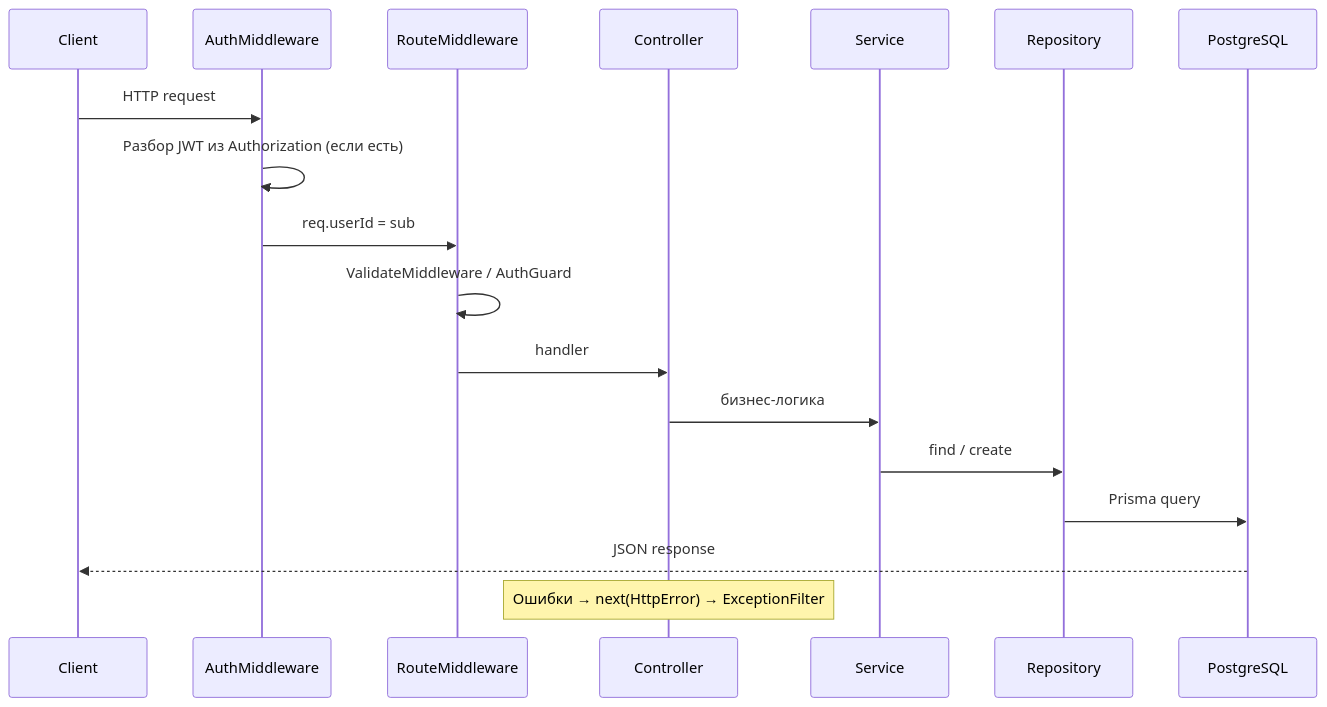
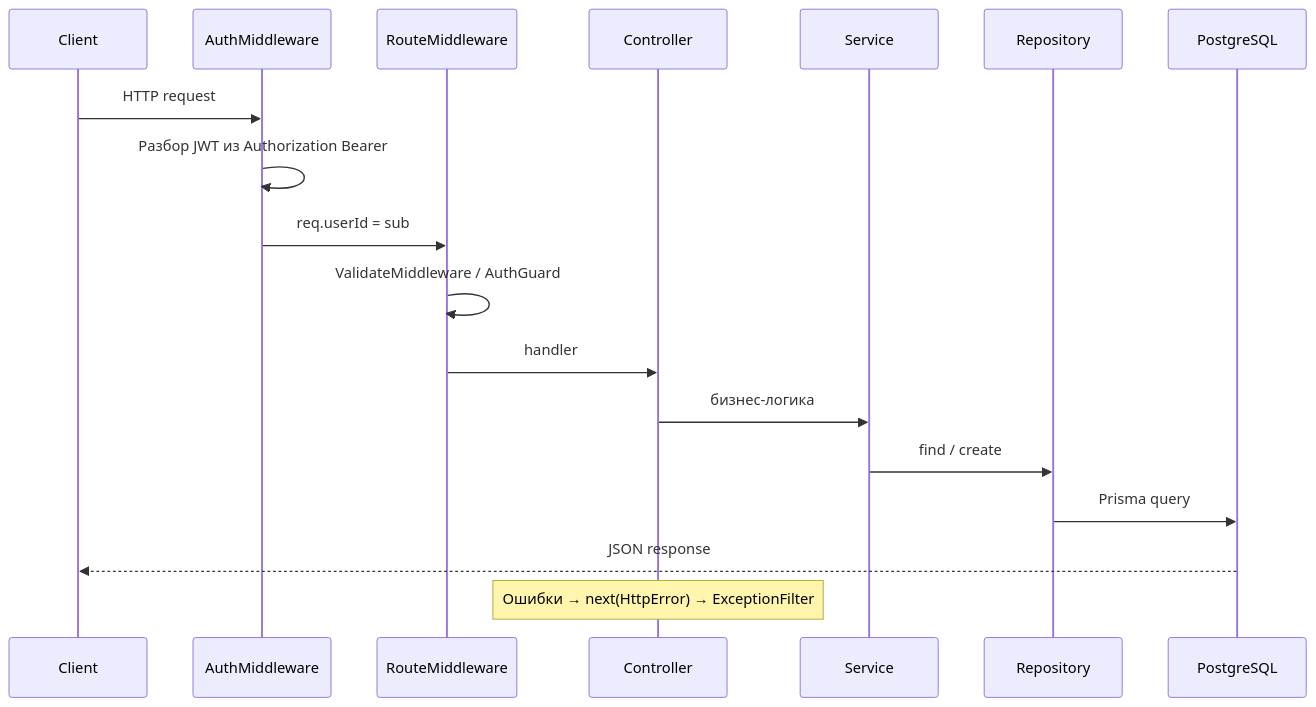
Before and after one commit to olegLobov2802/express-app: the second of 3 diagrams in ARCHITECTURE.md, drawn with Mermaid. The commit also changed other lines of this file and 15 other files, not shown here.

Commit message:
Access only in JSON and Authorization: Bearer; refresh in HttpOnly cookie with Path=/auth. Refresh/logout on /auth, with body and X-Refresh-Token support for API clients. Updated config, documentation, and e2e tests.

````diff
--- a/ARCHITECTURE.md
+++ b/ARCHITECTURE.md
@@ -90,21 +100,21 @@
 ```mermaid
 sequenceDiagram
   participant Client
   participant AuthMW as AuthMiddleware
   participant RouteMW as RouteMiddleware
   participant Controller
   participant Service
   participant Repo as Repository
   participant DB as PostgreSQL
 
   Client->>AuthMW: HTTP request
-  AuthMW->>AuthMW: Разбор JWT из Authorization (если есть)
+  AuthMW->>AuthMW: Разбор JWT из Authorization Bearer
   AuthMW->>RouteMW: req.userId = sub
   RouteMW->>RouteMW: ValidateMiddleware / AuthGuard
   RouteMW->>Controller: handler
   Controller->>Service: бизнес-логика
   Service->>Repo: find / create
   Repo->>DB: Prisma query
   DB-->>Client: JSON response
   Note over Controller: Ошибки → next(HttpError) → ExceptionFilter
 ```
````
